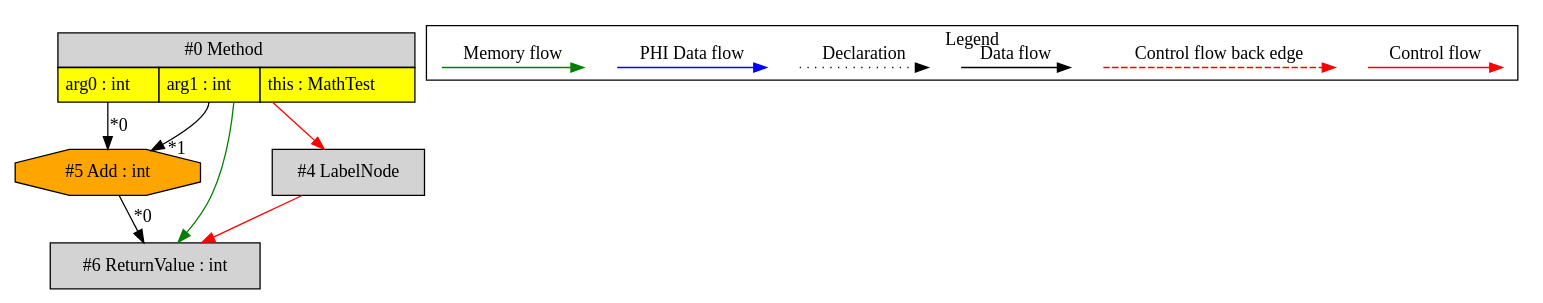
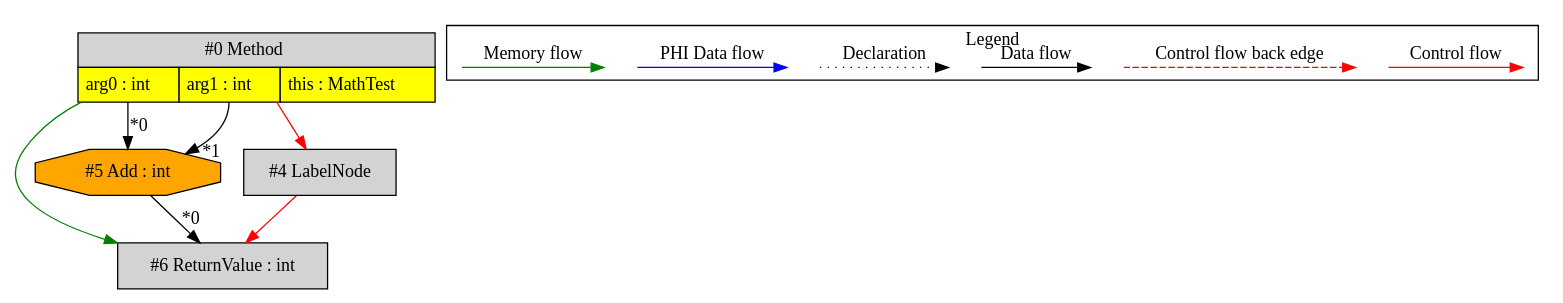
One commit to mirkosertic/MetaIR changed the diagram in de.mirkosertic.metair.ir.examples.MathTest/iadd/ir.dot. Above: the diagram before and after it, drawn with Graphviz. The commit also changed other lines of this file and 1197 other files, not shown here.

```diff
--- a/de.mirkosertic.metair.ir.examples.MathTest/iadd/ir.dot
+++ b/de.mirkosertic.metair.ir.examples.MathTest/iadd/ir.dot
@@ -1,39 +1,39 @@
 digraph {
  ordering="in";
  node0[margin="0", label=<<table border="0" cellborder="1" cellspacing="0" cellpadding="5"><tr><td colspan="3">#0 Method</td></tr><tr><td port="prj2" bgcolor="yellow">arg0 : int</td><td port="prj1" bgcolor="yellow">arg1 : int</td><td port="prj3" bgcolor="yellow">this : MathTest</td></tr></table>>,shape=none, fillcolor=lightgrey, style=filled];
- node5[label="#5 Add : int",shape=octagon, fillcolor=orange, style=filled];
- node0:prj2 -> node5[headlabel="*0", labeldistance=2];
- node0:prj1 -> node5[headlabel="*1", labeldistance=2];
  node6[label="#6 ReturnValue : int",shape=box, fillcolor=lightgrey, style=filled];
  node5 -> node6[headlabel="*0", labeldistance=2];
  node4 -> node6[labeldistance=2, color=red, fontcolor=red];
  node0 -> node6[labeldistance=2, color=green, constraint=false];
  node4[label="#4 LabelNode",shape=box, fillcolor=lightgrey, style=filled];
  node0 -> node4[labeldistance=2, color=red, fontcolor=red];
+ node5[label="#5 Add : int",shape=octagon, fillcolor=orange, style=filled];
+ node0:prj2 -> node5[headlabel="*0", labeldistance=2];
+ node0:prj1 -> node5[headlabel="*1", labeldistance=2];
  subgraph cluster_000 {
   label = "Legend";
   node [shape=point]
   {
    rank=same;
    c0 [style = invis];
    c1 [style = invis];
    c2 [style = invis];
    c3 [style = invis];
    d0 [style = invis];
    d1 [style = invis];
    d2 [style = invis];
    d3 [style = invis];
    d4 [style = invis];
    d5 [style = invis];
    d6 [style = invis];
    d7 [style = invis];
   }
   c0 -> c1 [label="Control flow", style=solid, color=red]
   c2 -> c3 [label="Control flow back edge", style=dashed, color=red]
   d0 -> d1 [label="Data flow"]
   d2 -> d3 [label="Declaration", style=dotted]
   d4 -> d5 [label="PHI Data flow", color=blue]
   d6 -> d7 [label="Memory flow", color=green]
  }
 
 }
```
